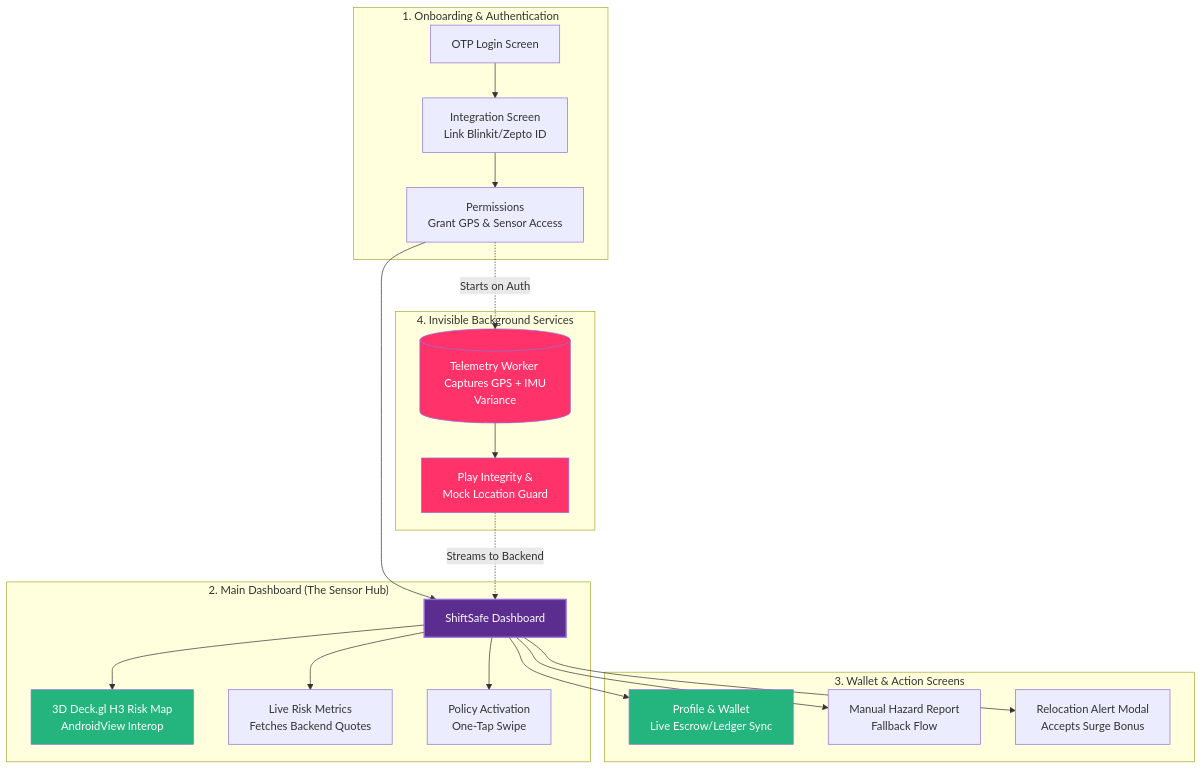
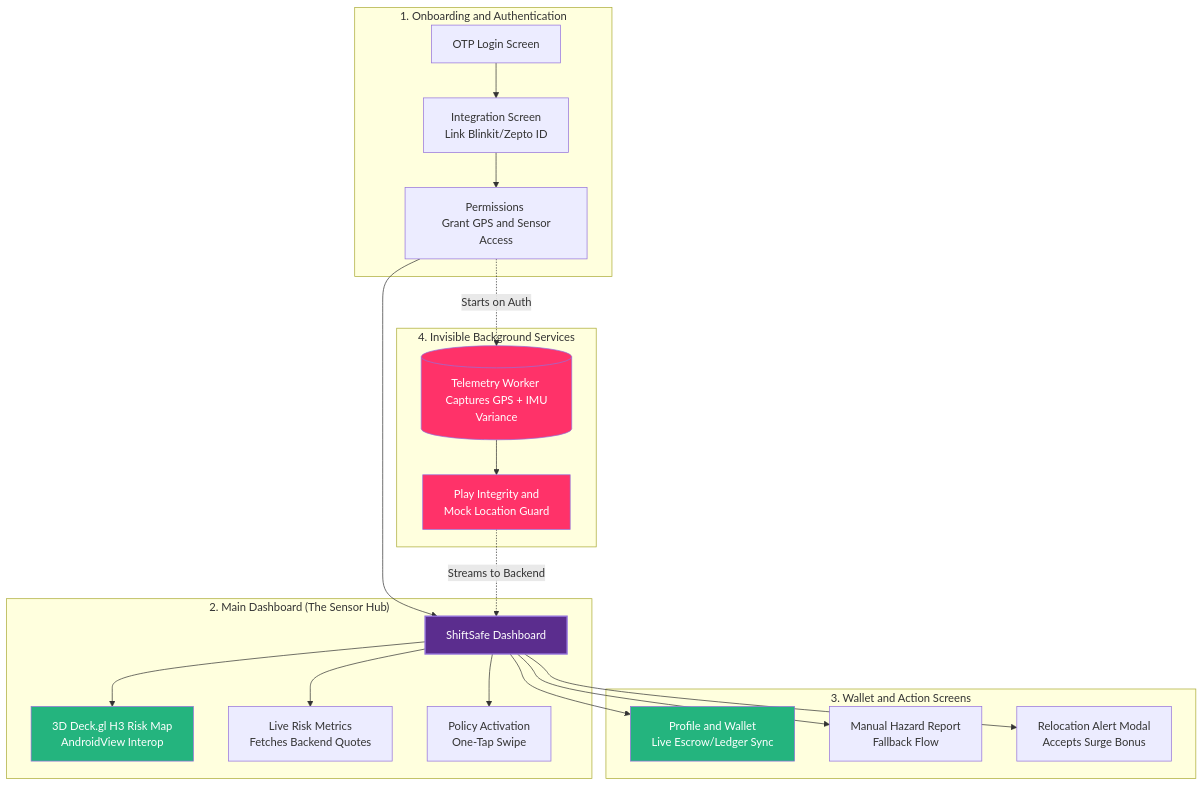
Before and after one commit to dagaayush1205/Winkit: the first of 4 diagrams in README.md, drawn with Mermaid. The commit also changed other lines of this file, not shown here.

````diff
--- a/README.md
+++ b/README.md
@@ -169,51 +202,51 @@
 ```mermaid
 graph TD
-    subgraph 1["1. Onboarding & Authentication"]
+    subgraph 1["1. Onboarding and Authentication"]
         LOGIN[ OTP Login Screen]
         ID_VERIFY[ Integration Screen <br> Link Blinkit/Zepto ID]
-        PERM[ Permissions <br> Grant GPS & Sensor Access]
+        PERM[ Permissions <br> Grant GPS and Sensor Access]
     end
 
     subgraph 2["2. Main Dashboard (The Sensor Hub)"]
         DASH[ ShiftSafe Dashboard]
         MAP[ 3D Deck.gl H3 Risk Map <br> AndroidView Interop]
         RISK[ Live Risk Metrics <br> Fetches Backend Quotes]
         POL[ Policy Activation <br> One-Tap Swipe]
     end
 
-    subgraph 3["3. Wallet & Action Screens"]
-        WALLET[ Profile & Wallet <br> Live Escrow/Ledger Sync]
+    subgraph 3["3. Wallet and Action Screens"]
+        WALLET[ Profile and Wallet <br> Live Escrow/Ledger Sync]
         MANUAL[ Manual Hazard Report <br> Fallback Flow]
         RELOCATE[ Relocation Alert Modal <br> Accepts Surge Bonus]
     end
 
     subgraph 4["4. Invisible Background Services"]
         TELEMETRY[( Telemetry Worker <br> Captures GPS + IMU Variance)]
-        SEC[ Play Integrity & <br> Mock Location Guard]
+        SEC[ Play Integrity and <br> Mock Location Guard]
     end
 
     %% User Flow Connections
     LOGIN --> ID_VERIFY
     ID_VERIFY --> PERM
     PERM --> DASH
 
     DASH --> MAP
     DASH --> RISK
     DASH --> POL
 
     DASH --> WALLET
     DASH --> MANUAL
     DASH --> RELOCATE
 
     %% Background Service Logic
     PERM -.->|Starts on Auth| TELEMETRY
     TELEMETRY --> SEC
     SEC -.->|Streams to Backend| DASH
 
     %% Styling (WinkIT Brand Colors)
     style DASH fill:#5B2D8E,color:#fff,stroke-width:2px
     style MAP fill:#24b47e,color:#fff
     style WALLET fill:#24b47e,color:#fff
     style TELEMETRY fill:#FF3269,color:#fff
     style SEC fill:#FF3269,color:#fff
 ```
````
